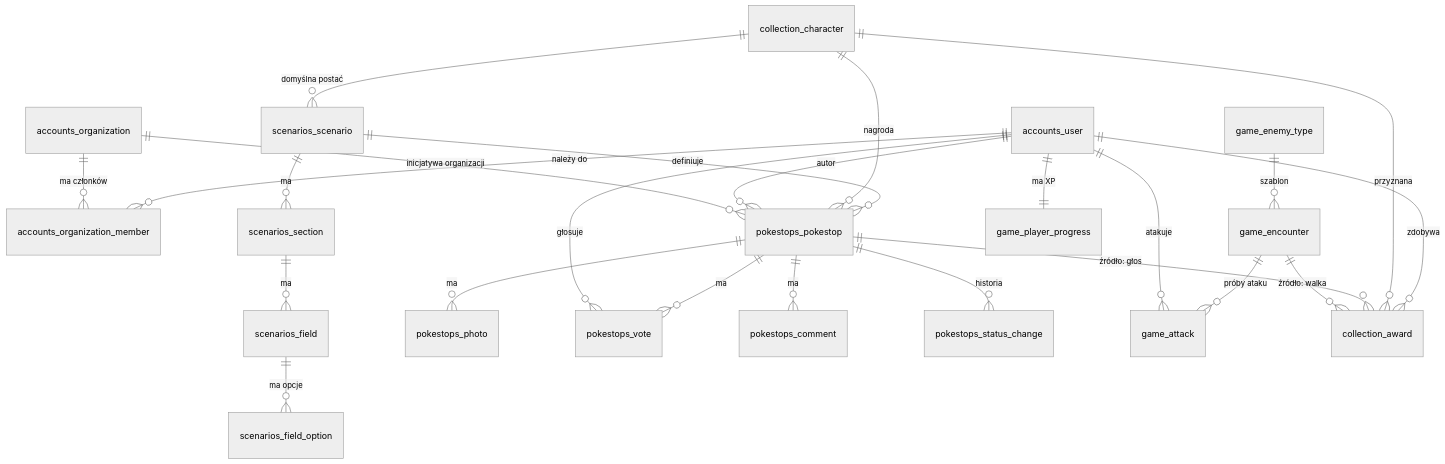
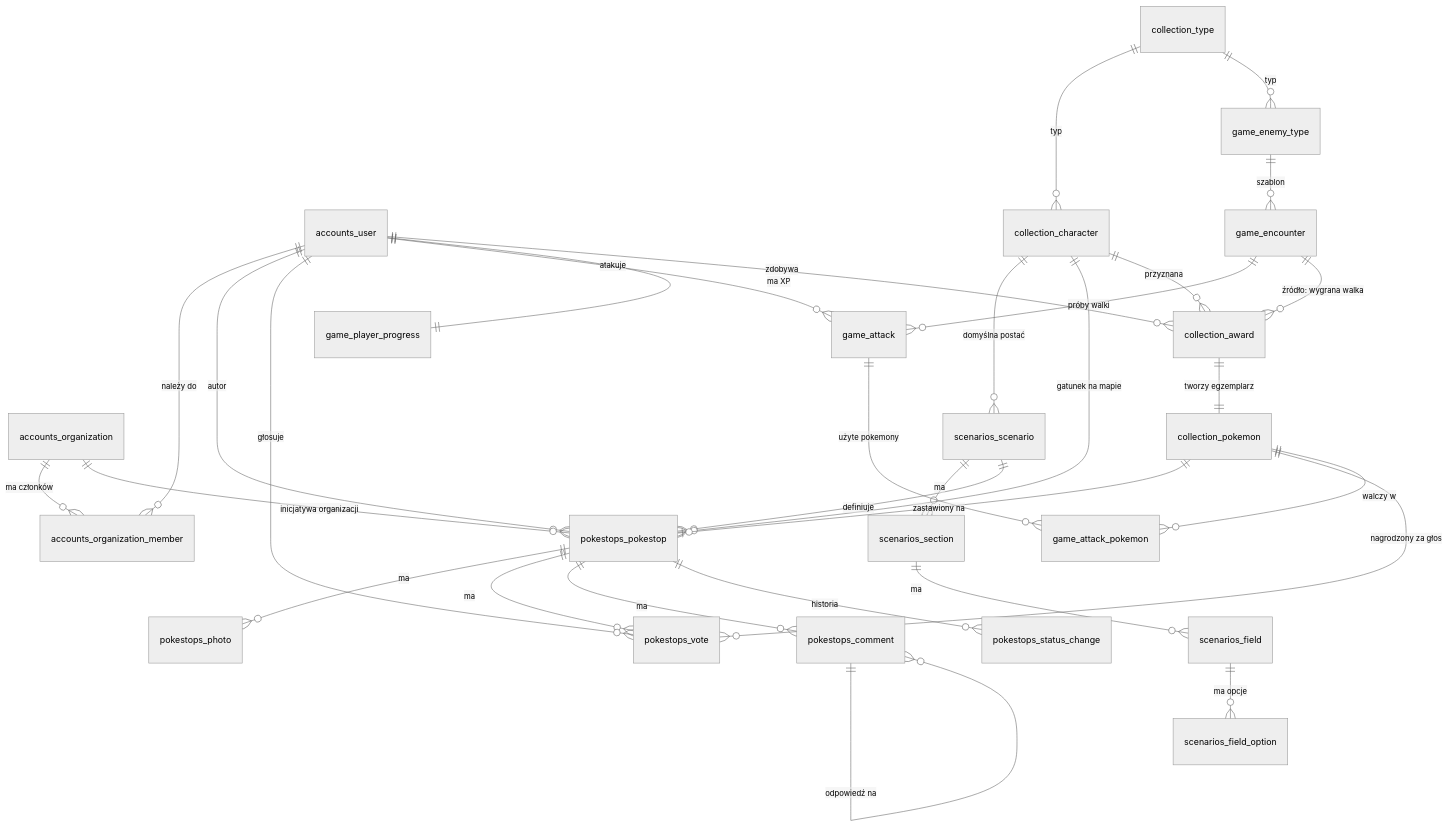
One commit to SmartCityPW/HackYeah2026 changed the diagram in docs/db/README.md. Above: the diagram before and after it, drawn with Mermaid (neutral theme). The commit also changed other lines of this file and 4 other files, not shown here.

````diff
--- a/docs/db/README.md
+++ b/docs/db/README.md
@@ -28,26 +66,33 @@
 ```mermaid
 erDiagram
     accounts_user ||--o{ accounts_organization_member : "należy do"
     accounts_organization ||--o{ accounts_organization_member : "ma członków"
+    collection_type ||--o{ collection_character : "typ"
+    collection_type ||--o{ game_enemy_type : "typ"
     scenarios_scenario ||--o{ scenarios_section : "ma"
     scenarios_section ||--o{ scenarios_field : "ma"
     scenarios_field ||--o{ scenarios_field_option : "ma opcje"
     collection_character ||--o{ scenarios_scenario : "domyślna postać"
     scenarios_scenario ||--o{ pokestops_pokestop : "definiuje"
-    collection_character ||--o{ pokestops_pokestop : "nagroda"
+    collection_character ||--o{ pokestops_pokestop : "gatunek na mapie"
     accounts_user ||--o{ pokestops_pokestop : "autor"
     accounts_organization ||--o{ pokestops_pokestop : "inicjatywa organizacji"
     pokestops_pokestop ||--o{ pokestops_photo : "ma"
     pokestops_pokestop ||--o{ pokestops_vote : "ma"
     pokestops_pokestop ||--o{ pokestops_comment : "ma"
+    pokestops_comment ||--o{ pokestops_comment : "odpowiedź na"
     pokestops_pokestop ||--o{ pokestops_status_change : "historia"
     accounts_user ||--o{ pokestops_vote : "głosuje"
+    collection_pokemon ||--o| pokestops_pokestop : "zastawiony na"
+    collection_pokemon ||--o{ pokestops_vote : "nagrodzony za głos"
     game_enemy_type ||--o{ game_encounter : "szablon"
-    game_encounter ||--o{ game_attack : "próby ataku"
+    game_encounter ||--o{ game_attack : "próby walki"
     accounts_user ||--o{ game_attack : "atakuje"
+    game_attack ||--o{ game_attack_pokemon : "użyte pokemony"
+    collection_pokemon ||--o{ game_attack_pokemon : "walczy w"
     accounts_user ||--|| game_player_progress : "ma XP"
     accounts_user ||--o{ collection_award : "zdobywa"
     collection_character ||--o{ collection_award : "przyznana"
-    pokestops_pokestop ||--o{ collection_award : "źródło: głos"
-    game_encounter ||--o{ collection_award : "źródło: walka"
+    collection_award ||--|| collection_pokemon : "tworzy egzemplarz"
+    game_encounter ||--o{ collection_award : "źródło: wygrana walka"
 ```
````
